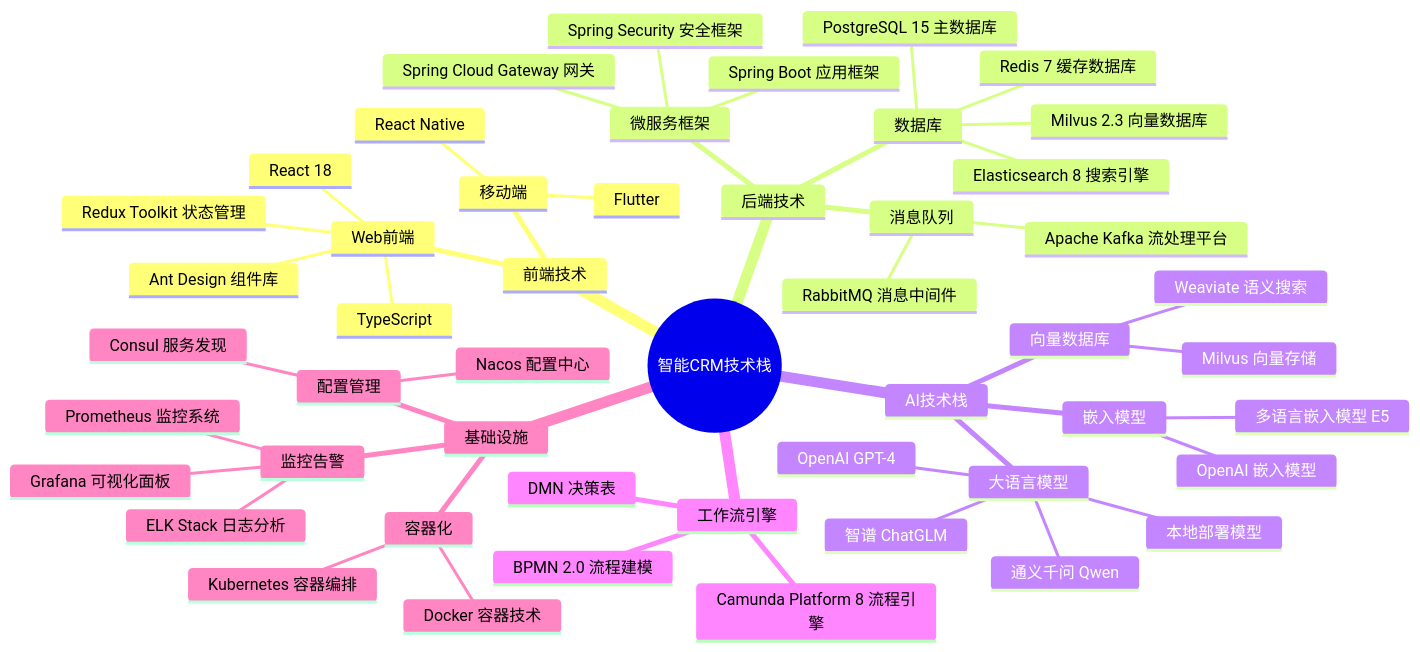
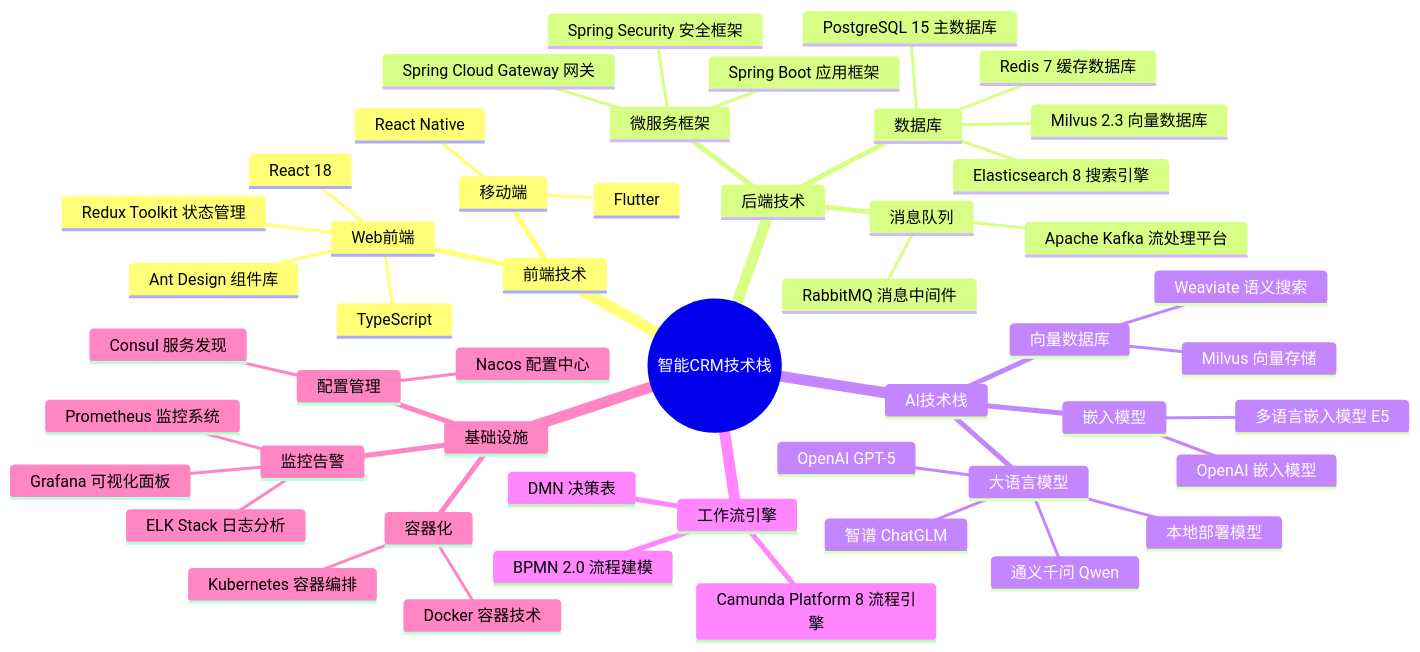
Before and after one commit to zavierd/ZHCRM: the diagram in diagrams/technology-stack.mmd, drawn with Mermaid. The commit also changed 2 other files, not shown here.

```diff
--- a/diagrams/technology-stack.mmd
+++ b/diagrams/technology-stack.mmd
@@ -1,51 +1,51 @@
 mindmap
   root((智能CRM技术栈))
     前端技术
       Web前端
         React 18
         TypeScript
         Ant Design 组件库
         Redux Toolkit 状态管理
       移动端
         React Native
         Flutter
     后端技术
       微服务框架
         Spring Boot 应用框架
         Spring Cloud Gateway 网关
         Spring Security 安全框架
       数据库
         PostgreSQL 15 主数据库
         Redis 7 缓存数据库
         Milvus 2.3 向量数据库
         Elasticsearch 8 搜索引擎
       消息队列
         RabbitMQ 消息中间件
         Apache Kafka 流处理平台
     AI技术栈
       大语言模型
-        OpenAI GPT-4
+        OpenAI GPT-5
         本地部署模型
         通义千问 Qwen
         智谱 ChatGLM
       向量数据库
         Milvus 向量存储
         Weaviate 语义搜索
       嵌入模型
         多语言嵌入模型 E5
         OpenAI 嵌入模型
     工作流引擎
       Camunda Platform 8 流程引擎
       BPMN 2.0 流程建模
       DMN 决策表
     基础设施
       容器化
         Docker 容器技术
         Kubernetes 容器编排
       监控告警
         Prometheus 监控系统
         Grafana 可视化面板
         ELK Stack 日志分析
       配置管理
         Consul 服务发现
         Nacos 配置中心
```
